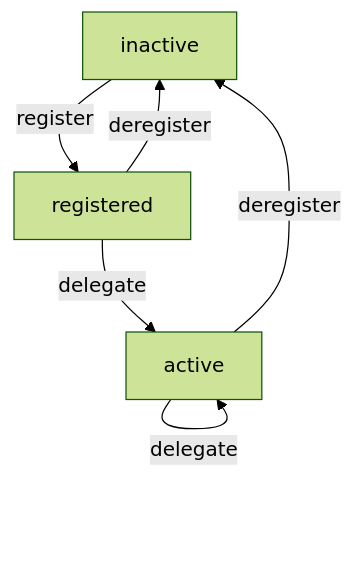
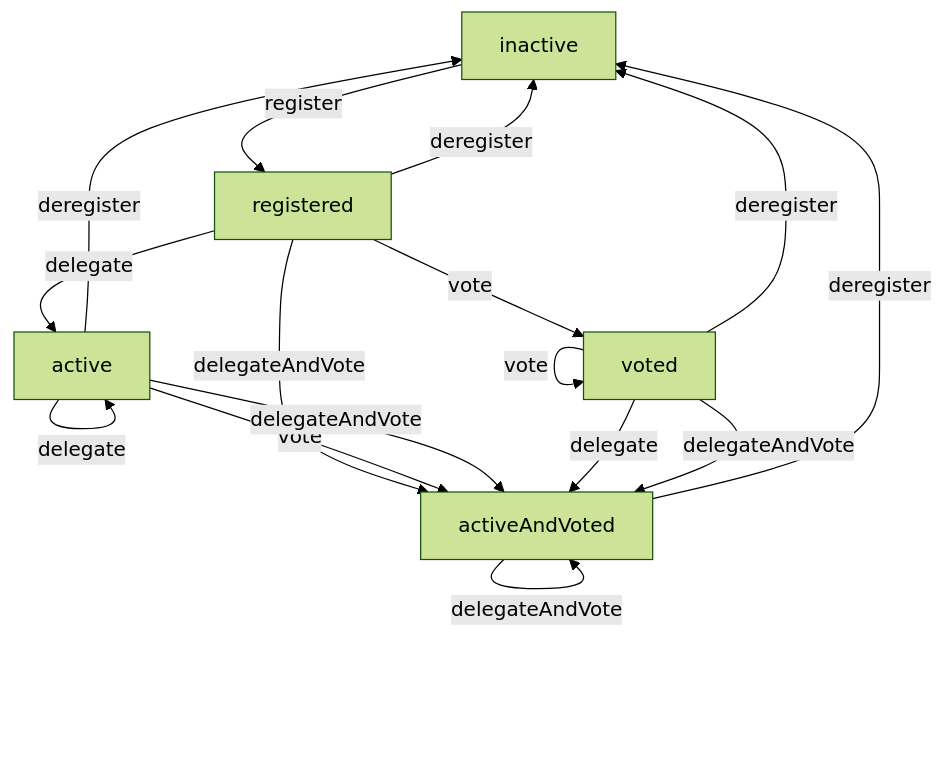
The diagram in specifications/Cardano/Wallet/delegation.md (cardano-foundation/cardano-wallet), drawn with Mermaid (forest theme) before and after one commit. The commit also changed other lines of this file, not shown here.

````diff
--- a/specifications/Cardano/Wallet/delegation.md
+++ b/specifications/Cardano/Wallet/delegation.md
@@ -47,8 +56,20 @@
 ```mermaid
 flowchart TD
     inactive -->|register| registered
     registered --> |delegate| active
     registered --> |deregister| inactive
+    registered --> |vote| voted
+    registered --> |delegateAndVote| activeAndVoted
     active --> |deregister| inactive
     active --> |delegate| active
+    active --> |vote| activeAndVoted
+    active --> |delegateAndVote| activeAndVoted
+    voted --> |deregister| inactive
+    voted --> |vote| voted
+    voted --> |delegate| activeAndVoted
+    voted --> |delegateAndVote| activeAndVoted
+    activeAndVoted --> |vote| activeAndVoted
+    activeAndVoted --> |delegate| activeAndVoted
+    activeAndVoted --> |delegateAndVote| activeAndVoted
+    activeAndVoted --> |deregister| inactive
 ```
````
